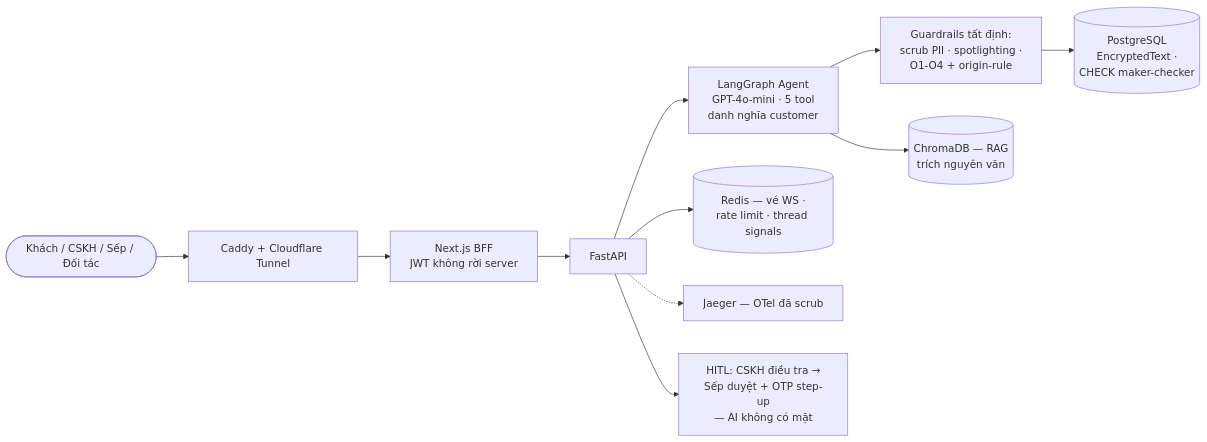
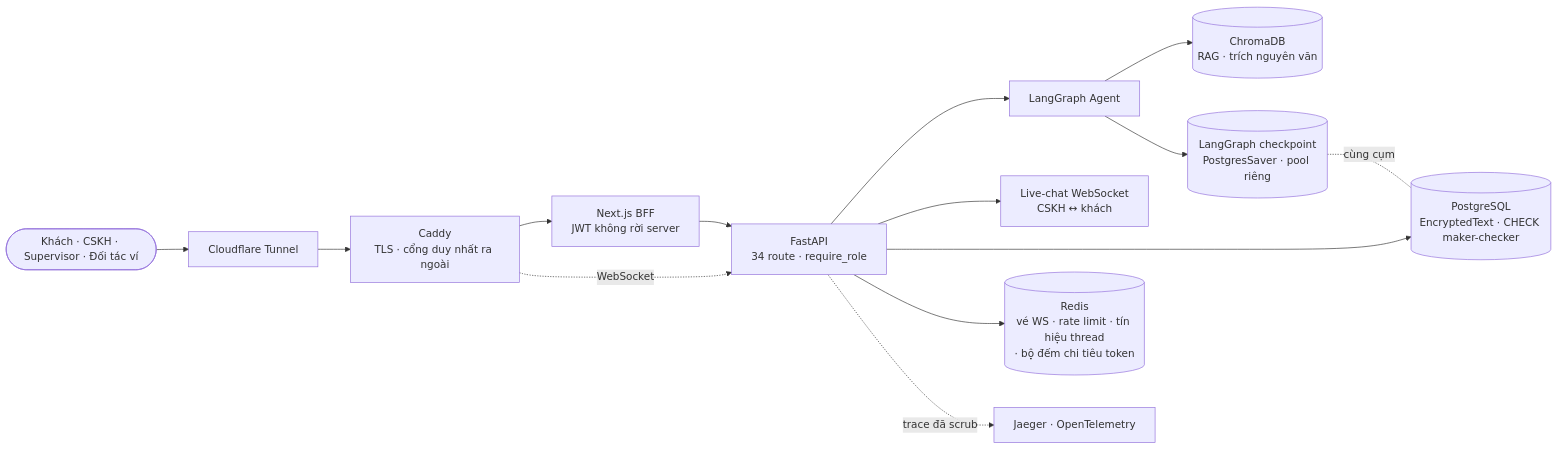
One commit to jinsimple/Sen-AI-customer-service-agent-for-e-wallets changed the first of 3 diagrams in docs/architecture_diagram.md. Above: the diagram before and after it, drawn with Mermaid. The commit also changed other lines of this file, not shown here.

First line of the commit message:
📐 docs(architecture): vẽ lại từ ĐO THẬT — bản cũ ghi sai model

````diff
--- a/docs/architecture_diagram.md
+++ b/docs/architecture_diagram.md
@@ -6,13 +13,21 @@
 ```mermaid
 graph LR
-    U([Khách / CSKH / Sếp / Đối tác]) --> C[Caddy + Cloudflare Tunnel]
-    C --> FE[Next.js BFF<br/>JWT không rời server]
-    FE --> BE[FastAPI]
-    BE --> AG[LangGraph Agent<br/>GPT-4o-mini · 5 tool<br/>danh nghĩa customer]
-    AG --> GD[Guardrails tất định:<br/>scrub PII · spotlighting ·<br/>O1-O4 + origin-rule]
-    GD --> DB[(PostgreSQL<br/>EncryptedText ·<br/>CHECK maker-checker)]
-    AG --> RAG[(ChromaDB — RAG<br/>trích nguyên văn)]
-    BE --> RD[(Redis — vé WS ·<br/>rate limit · thread signals)]
-    BE -.-> JG[Jaeger — OTel đã scrub]
-    BE --> HITL[HITL: CSKH điều tra →<br/>Sếp duyệt + OTP step-up<br/>— AI không có mặt]
+    U([Khách · CSKH · Supervisor · Đối tác ví])
+    U --> CF[Cloudflare Tunnel]
+    CF --> CD[Caddy<br/>TLS · cổng duy nhất ra ngoài]
+    CD --> FE[Next.js BFF<br/>JWT không rời server]
+    CD -.WebSocket.-> BE
+    FE --> BE[FastAPI<br/>34 route · require_role]
+
+    BE --> AG[LangGraph Agent]
+    BE --> LC[Live-chat WebSocket<br/>CSKH ↔ khách]
+
+    AG --> RAG[(ChromaDB<br/>RAG · trích nguyên văn)]
+    AG --> CP[(LangGraph checkpoint<br/>PostgresSaver · pool riêng)]
+
+    BE --> DB[(PostgreSQL<br/>EncryptedText · CHECK maker-checker)]
+    BE --> RD[(Redis<br/>vé WS · rate limit · tín hiệu thread<br/>· bộ đếm chi tiêu token)]
+    BE -.trace đã scrub.-> JG[Jaeger · OpenTelemetry]
+
+    CP -.cùng cụm.- DB
 ```
````
